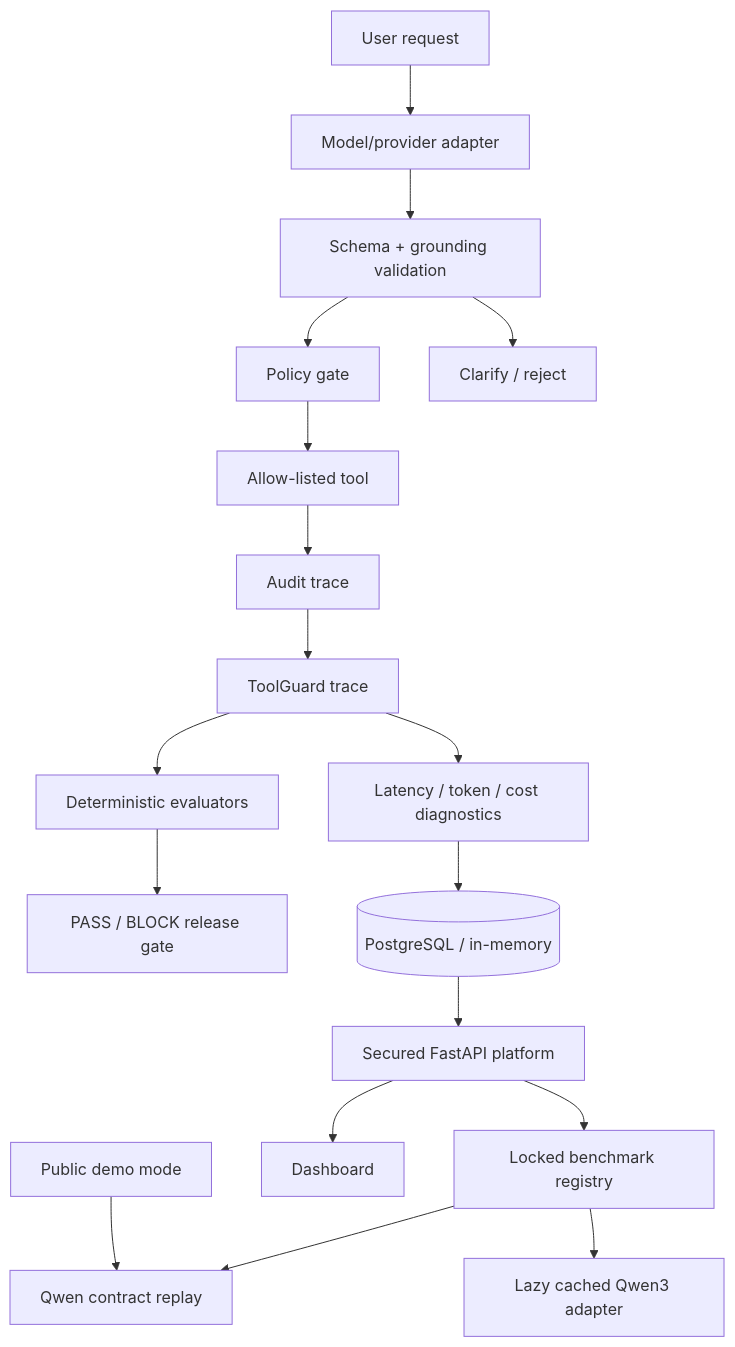
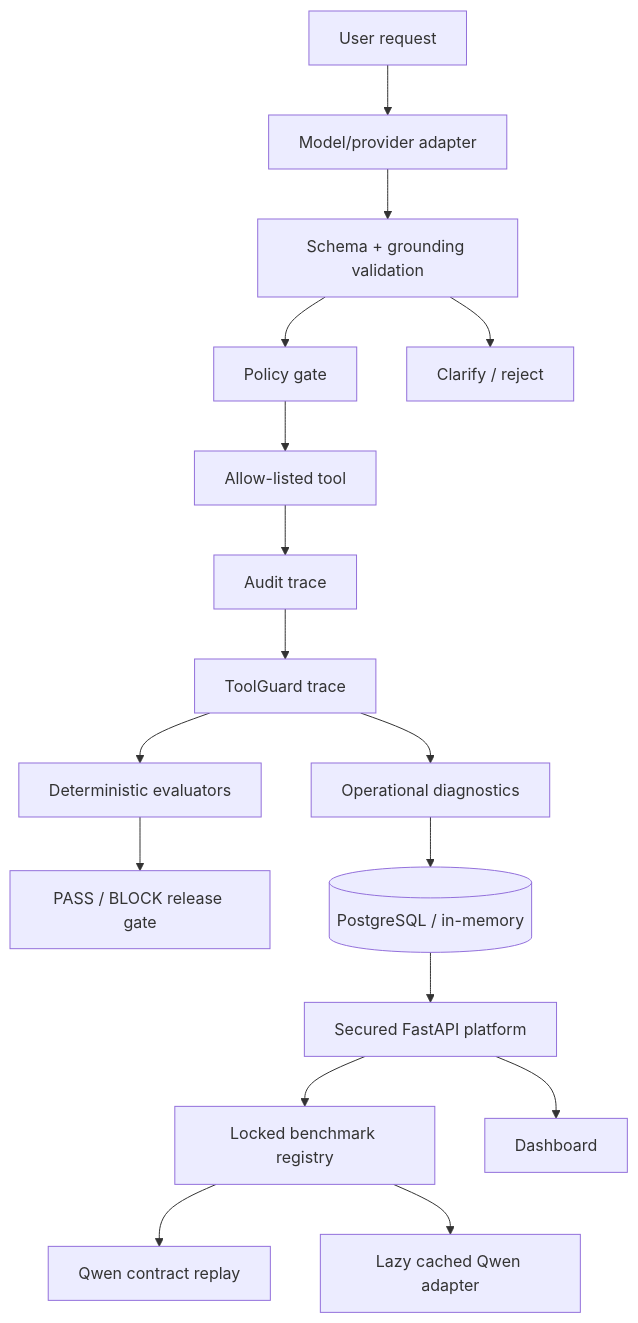
One commit to zubairz4far/evaluated-order-support-agent changed the diagram in README.md. Above: the diagram before and after it, drawn with Mermaid. The commit also changed other lines of this file and 3 other files, not shown here.

````diff
--- a/README.md
+++ b/README.md
@@ -190,20 +160,19 @@
 ```mermaid
 flowchart TD
     U[User request] --> M[Model/provider adapter]
     M --> V[Schema + grounding validation]
     V --> P[Policy gate]
     P --> T[Allow-listed tool]
+    V --> R[Clarify / reject]
     T --> A[Audit trace]
-    V --> R[Clarify / reject]
     A --> G[ToolGuard trace]
     G --> E[Deterministic evaluators]
     E --> REL[PASS / BLOCK release gate]
-    G --> O[Latency / token / cost diagnostics]
+    G --> O[Operational diagnostics]
     O --> DB[(PostgreSQL / in-memory)]
     DB --> API[Secured FastAPI platform]
     API --> B[Locked benchmark registry]
     B --> C[Qwen contract replay]
-    B --> Q[Lazy cached Qwen3 adapter]
+    B --> Q[Lazy cached Qwen adapter]
     API --> UI[Dashboard]
-    DEMO[Public demo mode] --> C
 ```
````
